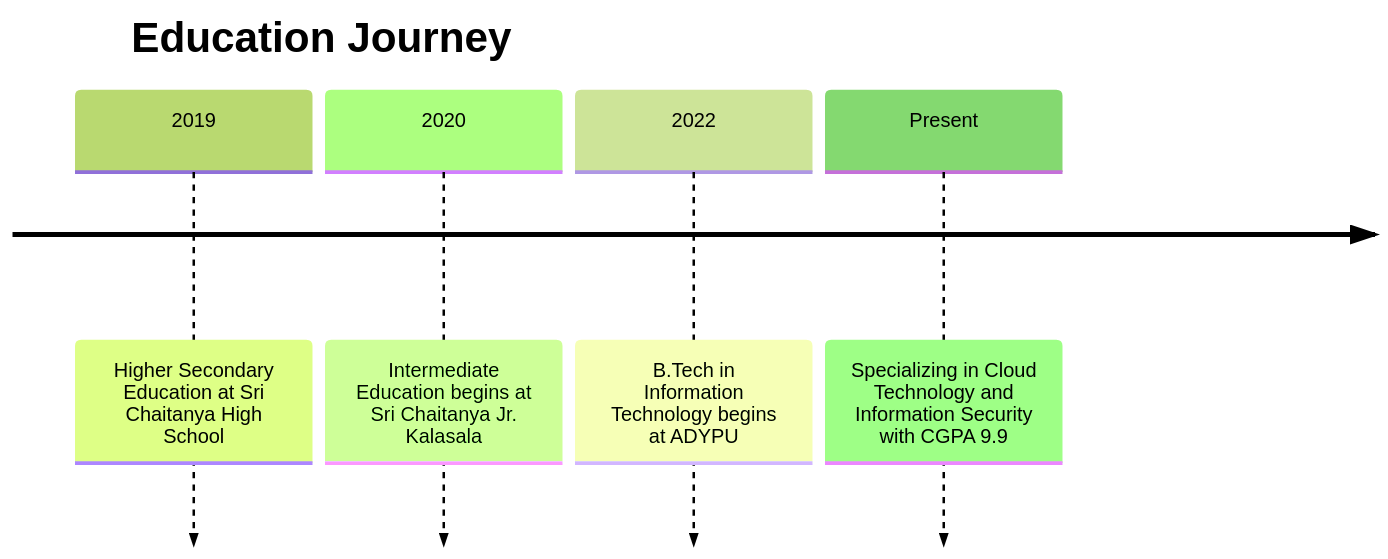
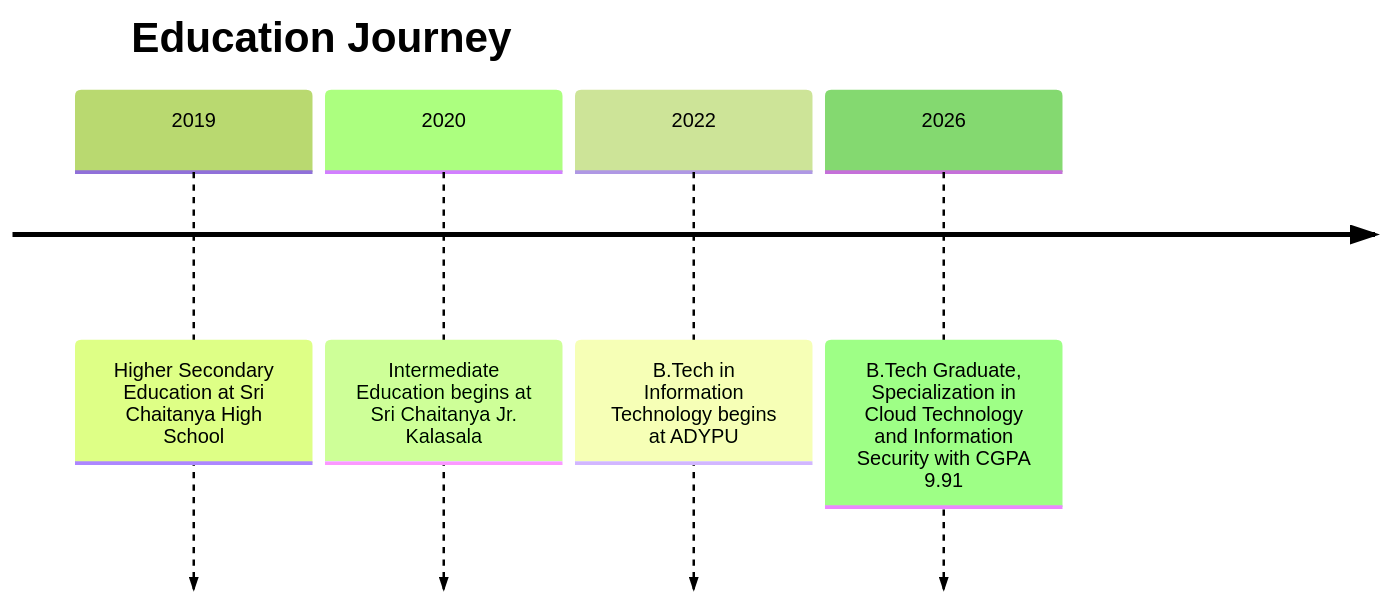
Before and after one commit to PriyanshuKSharma/PriyanshuKSharma: the second of 6 diagrams in README.md, drawn with Mermaid (forest theme).

Commit message:
Update education timeline and CGPA details

````diff
--- a/README.md
+++ b/README.md
@@ -213,8 +213,8 @@
 ```mermaid
 timeline
     title Education Journey
     2019 : Higher Secondary Education at Sri Chaitanya High School
     2020 : Intermediate Education begins at Sri Chaitanya Jr. Kalasala
     2022 : B.Tech in Information Technology begins at ADYPU
-    Present : Specializing in Cloud Technology and Information Security with CGPA 9.9
+    2026 : B.Tech Graduate, Specialization in Cloud Technology and Information Security with CGPA 9.91
 ```
````
